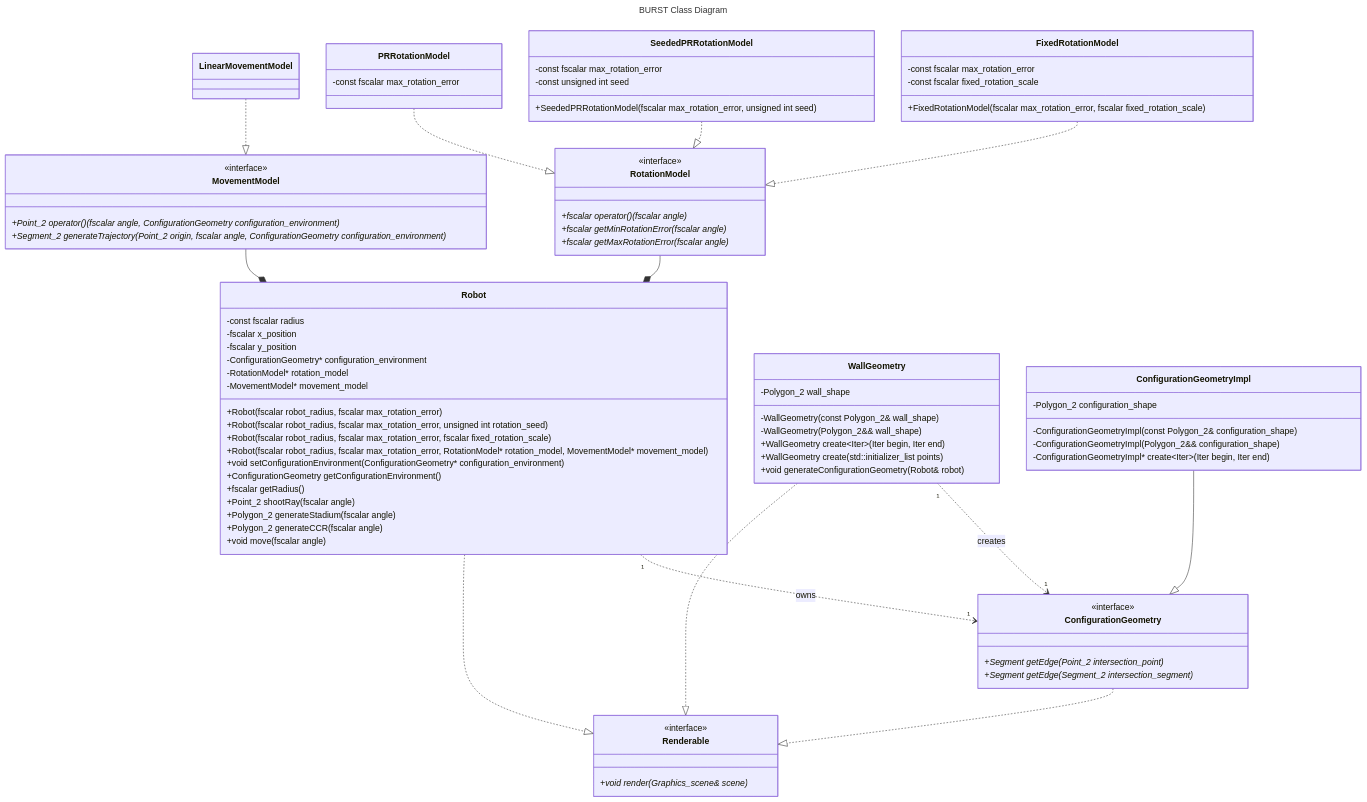
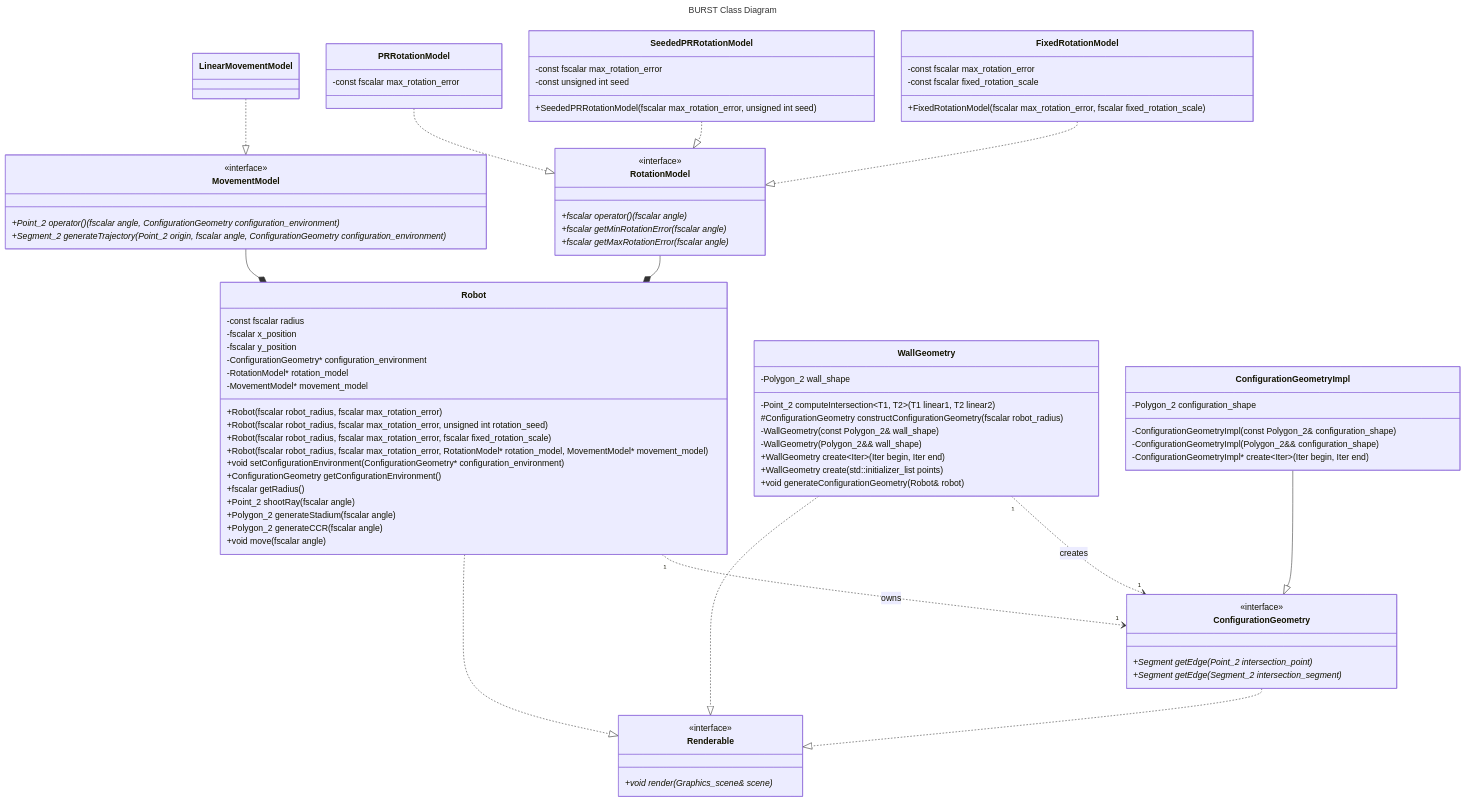
One commit to KedarPanchal/DAIR-BURST changed the diagram in docs/DESIGN.md. Above: the diagram before and after it, drawn with Mermaid. The commit also changed 1 other file, not shown here.

Commit message:
Standardize naming convections and update design doc

```diff
--- a/docs/DESIGN.md
+++ b/docs/DESIGN.md
@@ -86,7 +86,9 @@
 
     class WallGeometry {
         -Polygon_2 wall_shape
-        
+
+        -Point_2 computeIntersection~T1, T2~(T1 linear1, T2 linear2)
+        #ConfigurationGeometry constructConfigurationGeometry(fscalar robot_radius)
         -WallGeometry(const Polygon_2& wall_shape)
         -WallGeometry(Polygon_2&& wall_shape)
         +WallGeometry create~Iter~(Iter begin, Iter end)
```
